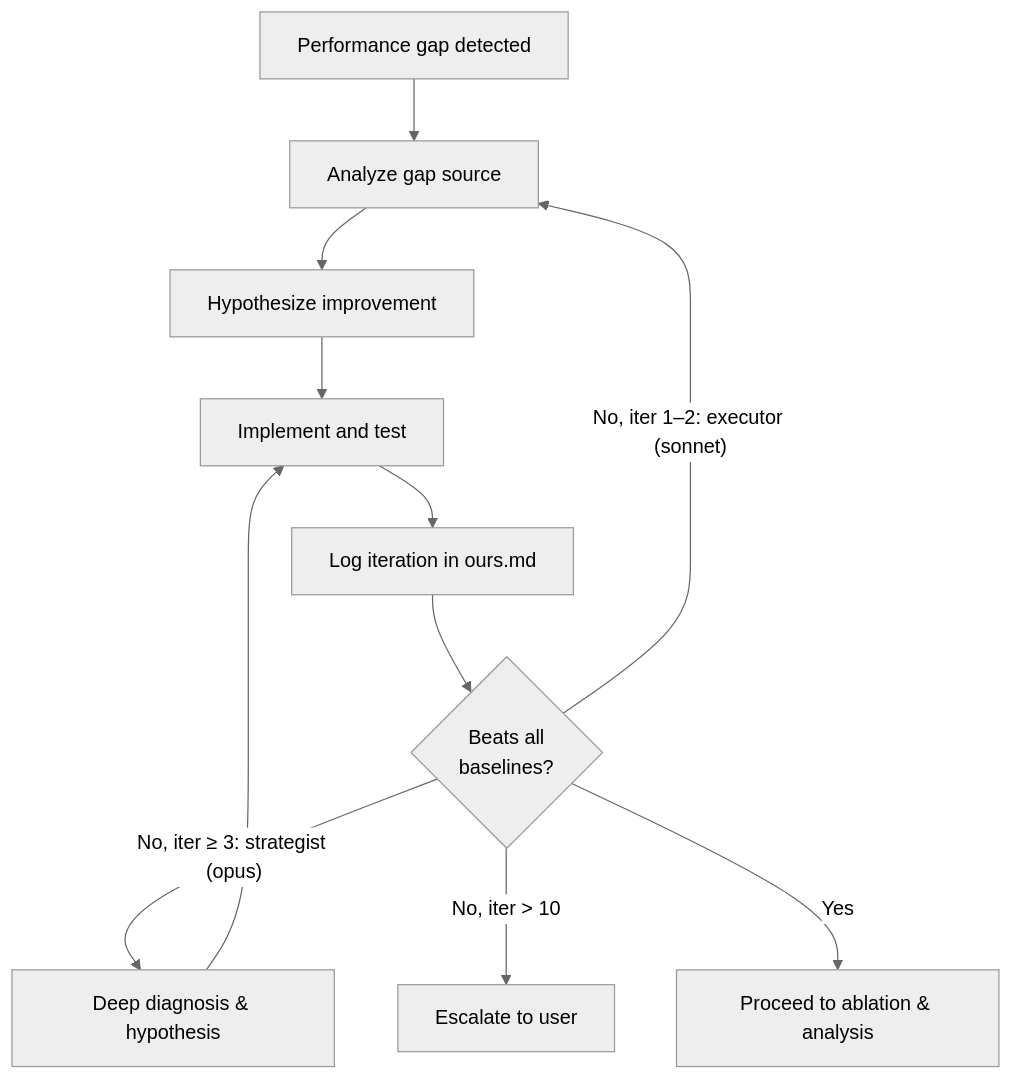
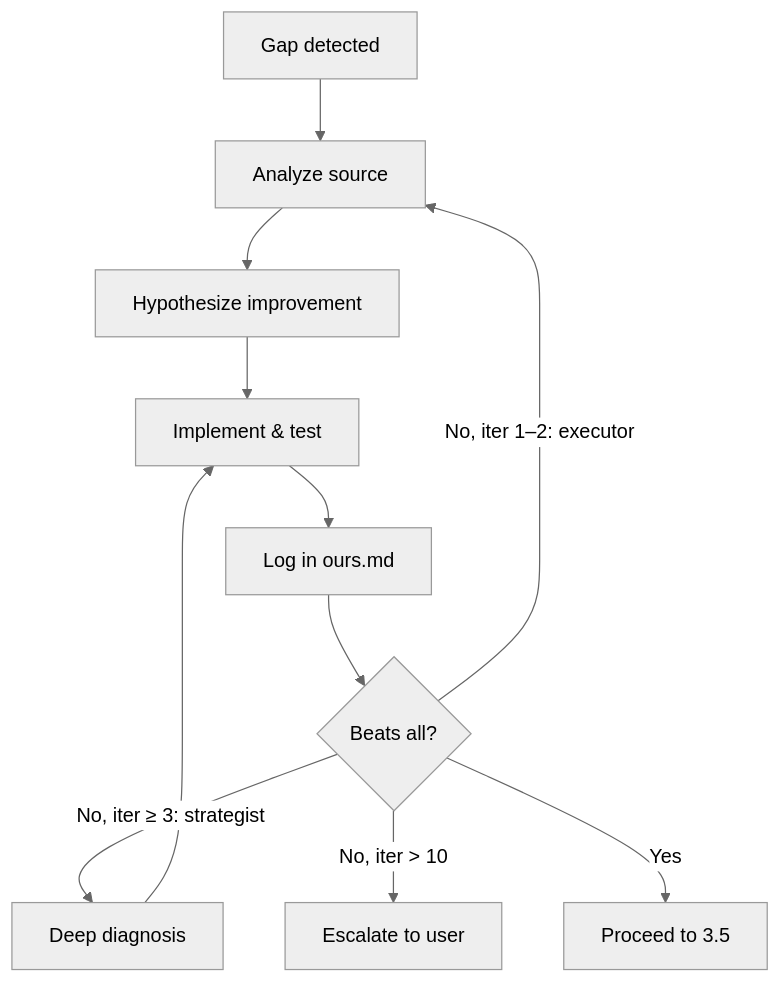
The third of 3 diagrams in .claude/skills/paperclaw-experiment-AI/SKILL.md (Paper-Claw/PaperClaw), drawn with Mermaid (neutral theme) before and after one commit. The commit also changed other lines of this file and 2 other files, not shown here.

````diff
--- a/.claude/skills/paperclaw-experiment-AI/SKILL.md
+++ b/.claude/skills/paperclaw-experiment-AI/SKILL.md
@@ -788,13 +503,13 @@
 ```mermaid
 flowchart TD
-    A["Performance gap detected"] --> B["Analyze gap source"]
+    A["Gap detected"] --> B["Analyze source"]
     B --> C["Hypothesize improvement"]
-    C --> D["Implement and test"]
-    D --> E["Log iteration in ours.md"]
-    E --> F{"Beats all\nbaselines?"}
-    F -->|"No, iter 1–2: executor (sonnet)"| B
-    F -->|"No, iter ≥ 3: strategist (opus)"| G["Deep diagnosis & hypothesis"]
+    C --> D["Implement & test"]
+    D --> E["Log in ours.md"]
+    E --> F{"Beats all?"}
+    F -->|"No, iter 1–2: executor"| B
+    F -->|"No, iter ≥ 3: strategist"| G["Deep diagnosis"]
     G --> D
     F -->|"No, iter > 10"| H["Escalate to user"]
-    F -->|Yes| I["Proceed to ablation & analysis"]
+    F -->|Yes| I["Proceed to 3.5"]
 ```
````
